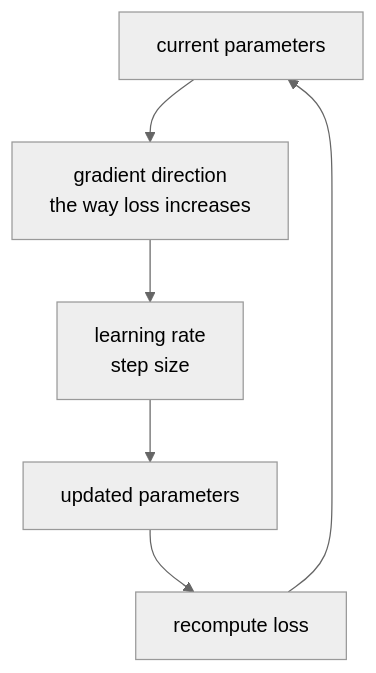
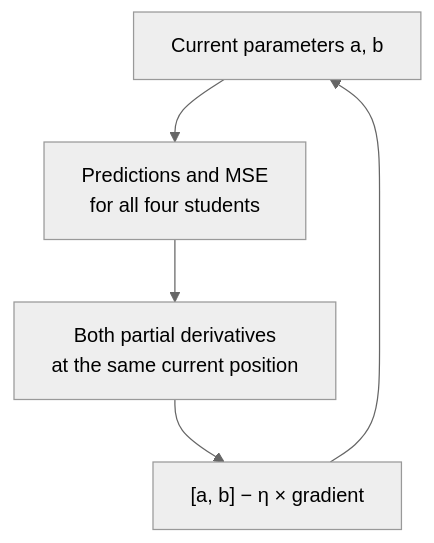
Before and after one commit to devchan64/AiBook: the diagram in docs/assets/part-02/chapter-06/gradient-descent-loop-flow-en.mmd, drawn with Mermaid (neutral theme). The commit also changed 14 other files, not shown here.

Commit message:
docs: strengthen P2-6.3 gradient updates and plot computed loss history

```diff
--- a/docs/assets/part-02/chapter-06/gradient-descent-loop-flow-en.mmd
+++ b/docs/assets/part-02/chapter-06/gradient-descent-loop-flow-en.mmd
@@ -1,12 +1,6 @@
 flowchart TD
-  A["current parameters"]
-  B["gradient direction<br/>the way loss increases"]
-  C["learning rate<br/>step size"]
-  D["updated parameters"]
-  E["recompute loss"]
-
-  A --> B
-  B --> C
-  C --> D
-  D --> E
-  E --> A
+  P["Current parameters a, b"]
+  L["Predictions and MSE<br/>for all four students"]
+  G["Both partial derivatives<br/>at the same current position"]
+  U["[a, b] − η × gradient"]
+  P --> L --> G --> U --> P
```
